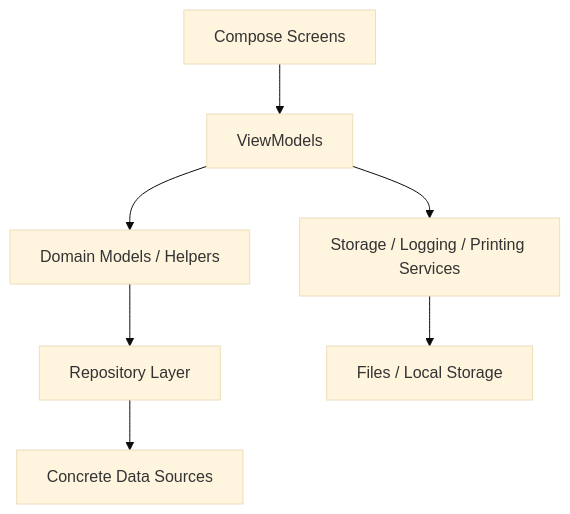
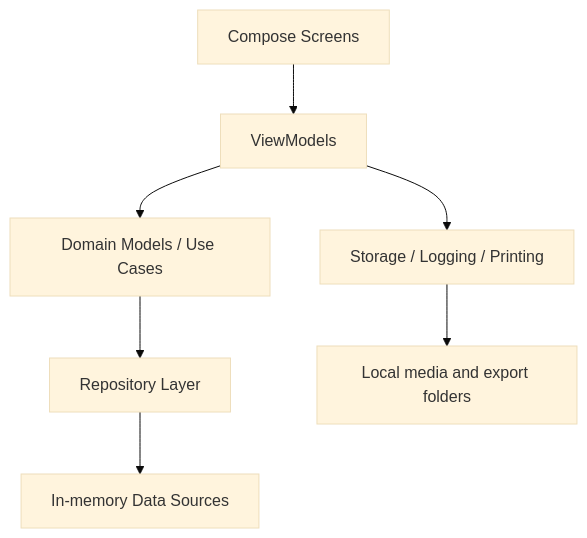
One commit to Zcamaya/zcamstudio-kawaiipb changed the diagram in ARCHITECTURE_OVERVIEW.md. Above: the diagram before and after it, drawn with Mermaid (base theme). The commit also changed other lines of this file and 10 other files, not shown here.

````diff
--- a/ARCHITECTURE_OVERVIEW.md
+++ b/ARCHITECTURE_OVERVIEW.md
@@ -21,9 +19,9 @@
 ```mermaid
 flowchart TD
     UI["Compose Screens"] --> VM["ViewModels"]
-    VM --> Domain["Domain Models / Helpers"]
-    VM --> Services["Storage / Logging / Printing Services"]
+    VM --> Domain["Domain Models / Use Cases"]
+    VM --> Services["Storage / Logging / Printing"]
     Domain --> Repo["Repository Layer"]
-    Repo --> Data["Concrete Data Sources"]
-    Services --> FS["Files / Local Storage"]
+    Repo --> Data["In-memory Data Sources"]
+    Services --> Files["Local media and export folders"]
 ```
````
